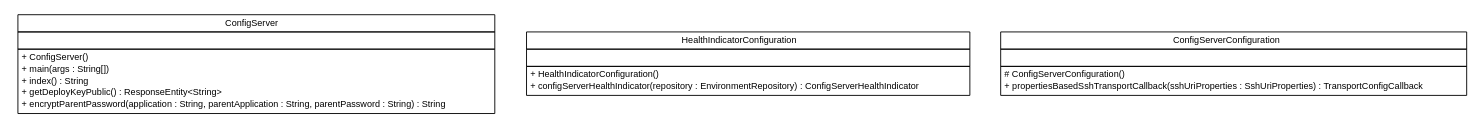
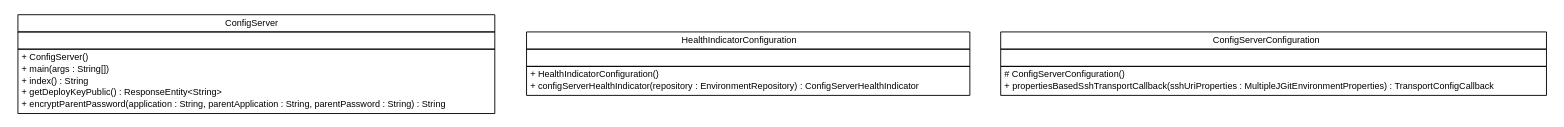
Before and after one commit to cloud-ready/cloud-ready: the diagram in snapshot/build-docker/spring-cloud-config/spring-cloud-config-server/apidocs/cn/home1/cloud/config/server/cn.home1.cloud.config.server.dot, drawn with Graphviz. The commit also changed 200 other files, not shown here.

```diff
--- a/snapshot/build-docker/spring-cloud-config/spring-cloud-config-server/apidocs/cn/home1/cloud/config/server/cn.home1.cloud.config.server.dot
+++ b/snapshot/build-docker/spring-cloud-config/spring-cloud-config-server/apidocs/cn/home1/cloud/config/server/cn.home1.cloud.config.server.dot
@@ -1,54 +1,54 @@
 #!/usr/local/bin/dot
 #
 # Class diagram 
 # Generated by UMLGraph version R5_6-24-gf6e263 (http://www.umlgraph.org/)
 #
 
 digraph G {
 	edge [fontname="Helvetica",fontsize=10,labelfontname="Helvetica",labelfontsize=10];
 	node [fontname="Helvetica",fontsize=10,shape=plaintext];
 	nodesep=0.25;
 	ranksep=0.5;
 	// cn.home1.cloud.config.server.ConfigServer
 	c59 [label=<<table title="cn.home1.cloud.config.server.ConfigServer" border="0" cellborder="1" cellspacing="0" cellpadding="2" port="p" href="./ConfigServer.html">
 		<tr><td><table border="0" cellspacing="0" cellpadding="1">
 <tr><td align="center" balign="center"> ConfigServer </td></tr>
 		</table></td></tr>
 		<tr><td><table border="0" cellspacing="0" cellpadding="1">
 <tr><td align="left" balign="left">  </td></tr>
 		</table></td></tr>
 		<tr><td><table border="0" cellspacing="0" cellpadding="1">
 <tr><td align="left" balign="left"> + ConfigServer() </td></tr>
 <tr><td align="left" balign="left"> + main(args : String[]) </td></tr>
 <tr><td align="left" balign="left"> + index() : String </td></tr>
 <tr><td align="left" balign="left"> + getDeployKeyPublic() : ResponseEntity&lt;String&gt; </td></tr>
 <tr><td align="left" balign="left"> + encryptParentPassword(application : String, parentApplication : String, parentPassword : String) : String </td></tr>
 		</table></td></tr>
 		</table>>, URL="./ConfigServer.html", fontname="Helvetica", fontcolor="black", fontsize=10.0];
 	// cn.home1.cloud.config.server.ConfigServer.HealthIndicatorConfiguration
 	c60 [label=<<table title="cn.home1.cloud.config.server.ConfigServer.HealthIndicatorConfiguration" border="0" cellborder="1" cellspacing="0" cellpadding="2" port="p" href="./ConfigServer.HealthIndicatorConfiguration.html">
 		<tr><td><table border="0" cellspacing="0" cellpadding="1">
 <tr><td align="center" balign="center"> HealthIndicatorConfiguration </td></tr>
 		</table></td></tr>
 		<tr><td><table border="0" cellspacing="0" cellpadding="1">
 <tr><td align="left" balign="left">  </td></tr>
 		</table></td></tr>
 		<tr><td><table border="0" cellspacing="0" cellpadding="1">
 <tr><td align="left" balign="left"> + HealthIndicatorConfiguration() </td></tr>
 <tr><td align="left" balign="left"> + configServerHealthIndicator(repository : EnvironmentRepository) : ConfigServerHealthIndicator </td></tr>
 		</table></td></tr>
 		</table>>, URL="./ConfigServer.HealthIndicatorConfiguration.html", fontname="Helvetica", fontcolor="black", fontsize=10.0];
 	// cn.home1.cloud.config.server.ConfigServer.ConfigServerConfiguration
 	c61 [label=<<table title="cn.home1.cloud.config.server.ConfigServer.ConfigServerConfiguration" border="0" cellborder="1" cellspacing="0" cellpadding="2" port="p" href="./ConfigServer.ConfigServerConfiguration.html">
 		<tr><td><table border="0" cellspacing="0" cellpadding="1">
 <tr><td align="center" balign="center"> ConfigServerConfiguration </td></tr>
 		</table></td></tr>
 		<tr><td><table border="0" cellspacing="0" cellpadding="1">
 <tr><td align="left" balign="left">  </td></tr>
 		</table></td></tr>
 		<tr><td><table border="0" cellspacing="0" cellpadding="1">
 <tr><td align="left" balign="left"> # ConfigServerConfiguration() </td></tr>
-<tr><td align="left" balign="left"> + propertiesBasedSshTransportCallback(sshUriProperties : SshUriProperties) : TransportConfigCallback </td></tr>
+<tr><td align="left" balign="left"> + propertiesBasedSshTransportCallback(sshUriProperties : MultipleJGitEnvironmentProperties) : TransportConfigCallback </td></tr>
 		</table></td></tr>
 		</table>>, URL="./ConfigServer.ConfigServerConfiguration.html", fontname="Helvetica", fontcolor="black", fontsize=10.0];
 }
```
